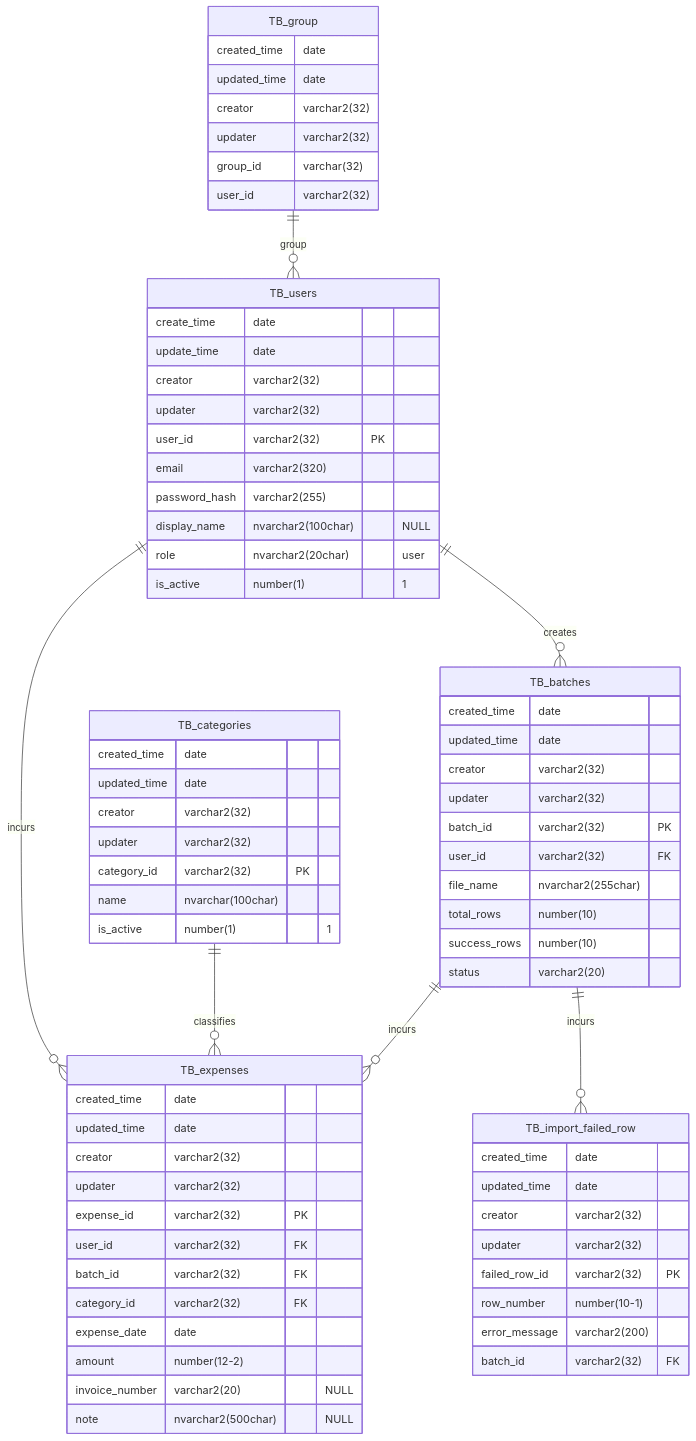
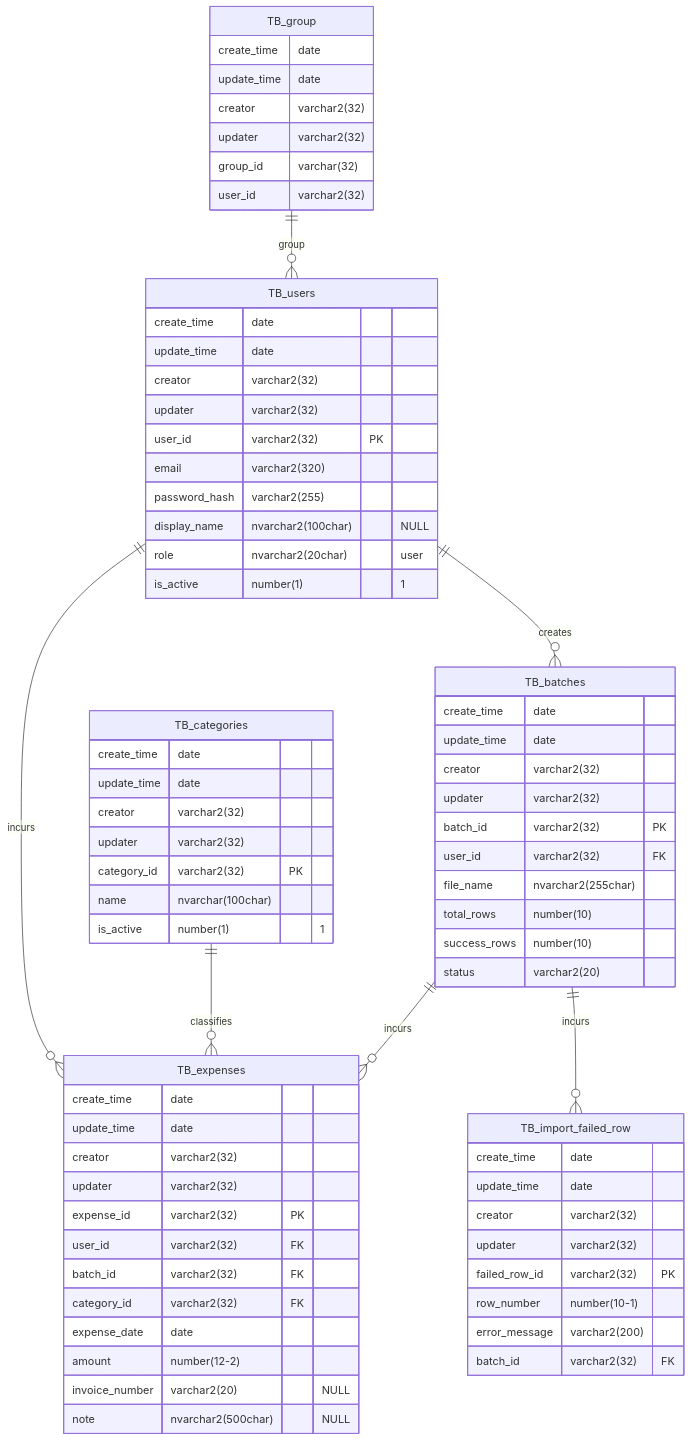
The diagram in mermaid/ERD.md (woody1234567/SpringBootFullStack), drawn with Mermaid before and after one commit. The commit also changed 10 other files, not shown here.

Commit message:
Completely follow the ERD design.

```diff
--- a/mermaid/ERD.md
+++ b/mermaid/ERD.md
@@ -30,9 +30,9 @@
 
     TB_batches {
 
-        created_time date
+        create_time date
 
-        updated_time date
+        update_time date
 
         creator varchar2(32)
 
@@ -56,9 +56,9 @@
 
     TB_expenses {
 
-        created_time date
+        create_time date
 
-        updated_time date
+        update_time date
 
         creator varchar2(32)
 
@@ -88,9 +88,9 @@
 
     TB_categories {
 
-        created_time date
+        create_time date
 
-        updated_time date
+        update_time date
 
         creator varchar2(32)
 
@@ -108,9 +108,9 @@
 
     TB_import_failed_row {
 
-        created_time date
+        create_time date
 
-        updated_time date
+        update_time date
 
         creator varchar2(32)
 
@@ -130,9 +130,9 @@
 
     TB_group{
 
-        created_time date
+        create_time date
 
-        updated_time date
+        update_time date
 
         creator varchar2(32)
 
```
